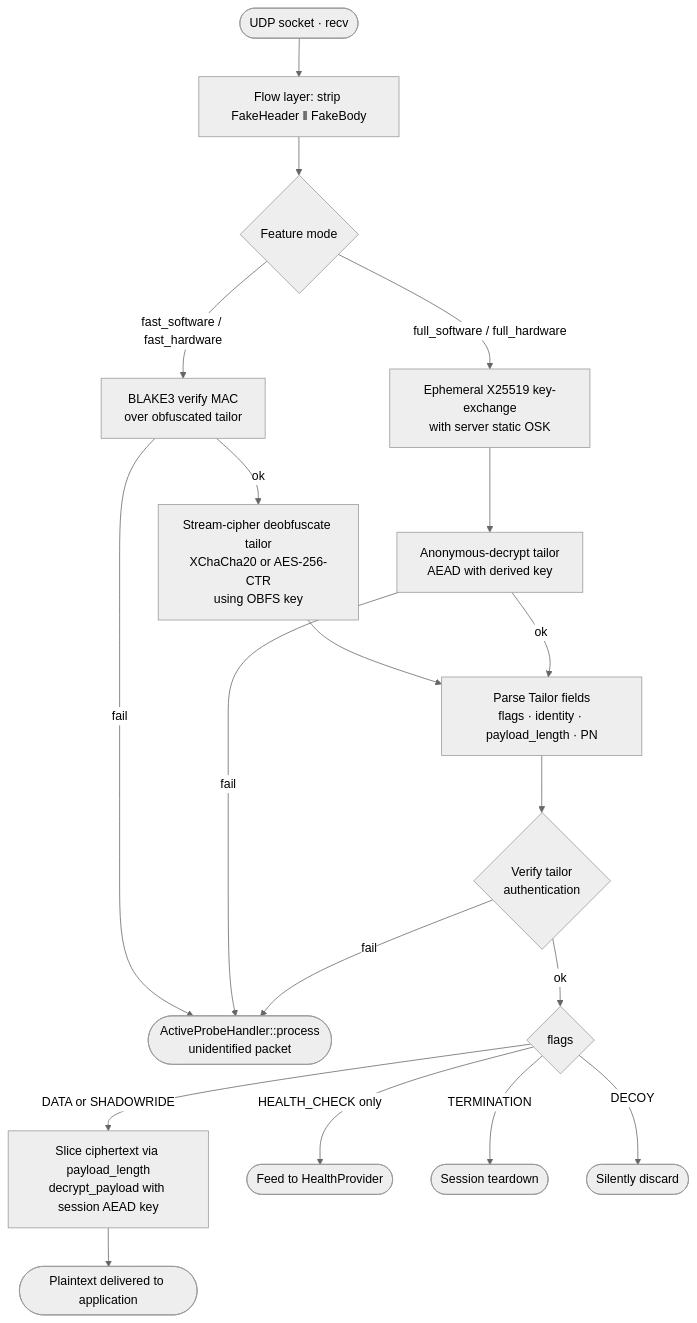
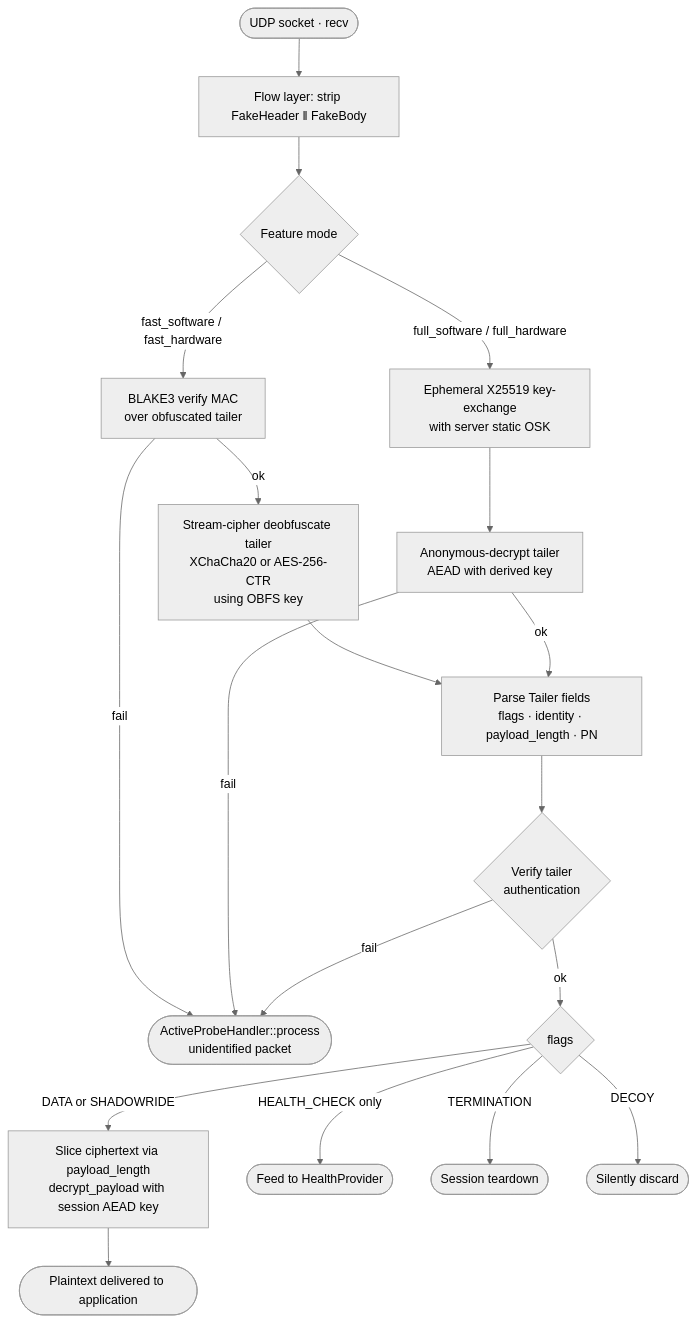
The sixth of 6 diagrams in PROTOCOL.md (pseusys/TYPHOON), drawn with Mermaid (neutral theme) before and after one commit. The commit also changed other lines of this file and 51 other files, not shown here.

````diff
--- a/PROTOCOL.md
+++ b/PROTOCOL.md
@@ -643,22 +643,22 @@
 ```mermaid
 flowchart TD
     A([UDP socket · recv]) --> B[Flow layer: strip FakeHeader ‖ FakeBody]
     B --> TM{Feature mode}
-    TM -- fast_software / fast_hardware --> C1[BLAKE3 verify MAC\nover obfuscated tailor]
+    TM -- fast_software / fast_hardware --> C1[BLAKE3 verify MAC\nover obfuscated tailer]
     C1 -- fail --> X([ActiveProbeHandler::process\nunidentified packet])
-    C1 -- ok --> C2[Stream-cipher deobfuscate tailor\nXChaCha20 or AES-256-CTR\nusing OBFS key]
+    C1 -- ok --> C2[Stream-cipher deobfuscate tailer\nXChaCha20 or AES-256-CTR\nusing OBFS key]
     TM -- full_software / full_hardware --> D1[Ephemeral X25519 key-exchange\nwith server static OSK]
-    D1 --> D2[Anonymous-decrypt tailor\nAEAD with derived key]
+    D1 --> D2[Anonymous-decrypt tailer\nAEAD with derived key]
     D2 -- fail --> X
 
-    C2 --> E[Parse Tailor fields\nflags · identity · payload_length · PN]
+    C2 --> E[Parse Tailer fields\nflags · identity · payload_length · PN]
     D2 -- ok --> E
-    E --> V{Verify tailor\nauthentication}
+    E --> V{Verify tailer\nauthentication}
     V -- fail --> X
     V -- ok --> F{flags}
     F -- DATA or SHADOWRIDE --> G[Slice ciphertext via payload_length\ndecrypt_payload with session AEAD key]
     G --> H([Plaintext delivered to application])
     F -- HEALTH_CHECK only --> I([Feed to HealthProvider])
     F -- TERMINATION --> J([Session teardown])
     F -- DECOY --> K([Silently discard])
 ```
````
